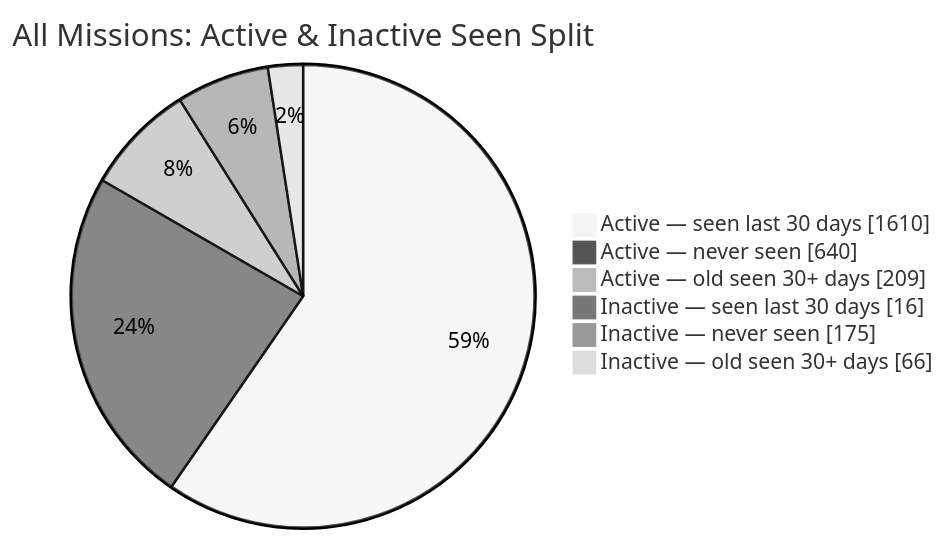
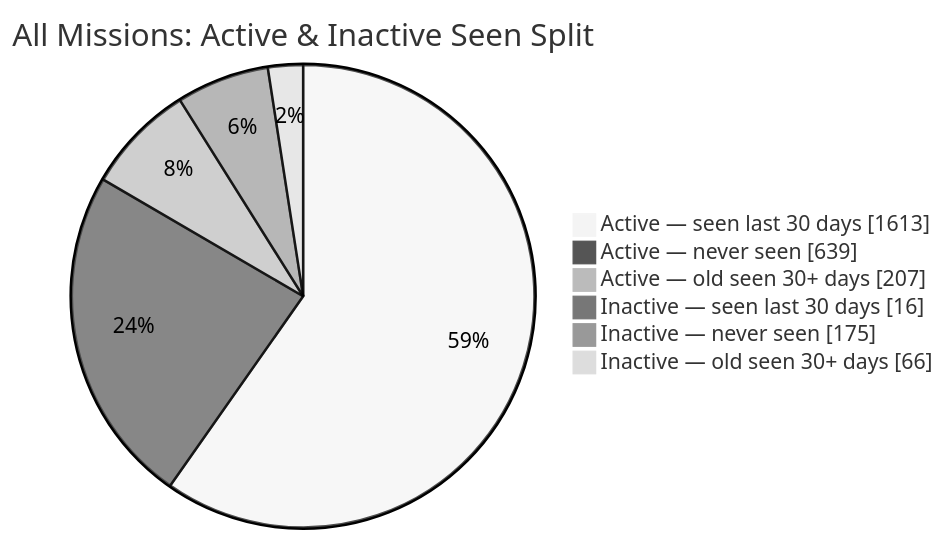
The second of 2 diagrams in README.md (MeldkamerspelGameTeam/active-missions), drawn with Mermaid (neutral theme) before and after one commit. The commit also changed other lines of this file and 3 other files, not shown here.

````diff
--- a/README.md
+++ b/README.md
@@ -44,10 +44,10 @@
 ```mermaid
 pie showData
     title All Missions: Active & Inactive Seen Split
-    "Active — seen last 30 days" : 1610
-    "Active — never seen" : 640
-    "Active — old seen 30+ days" : 209
+    "Active — seen last 30 days" : 1613
+    "Active — never seen" : 639
+    "Active — old seen 30+ days" : 207
     "Inactive — seen last 30 days" : 16
     "Inactive — never seen" : 175
     "Inactive — old seen 30+ days" : 66
 ```
````
